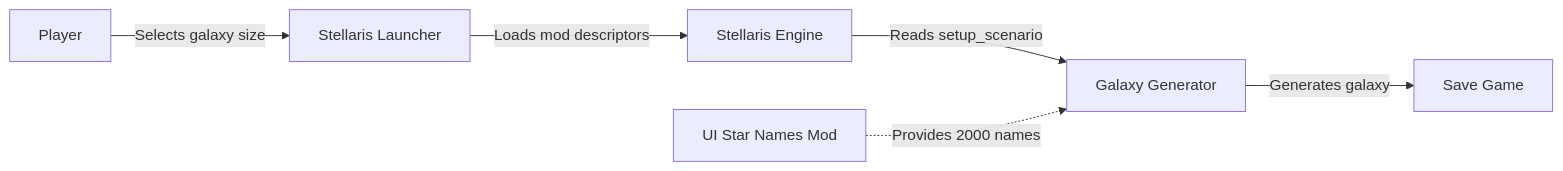
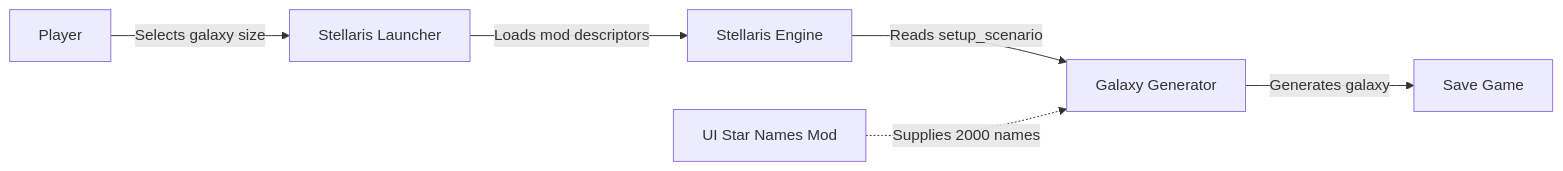
Before and after one commit to hmlendea/stellaris-ui-galaxy-sizes: the first of 3 diagrams in docs/architecture.md, drawn with Mermaid. The commit also changed other lines of this file and 41 other files, not shown here.

````diff
--- a/docs/architecture.md
+++ b/docs/architecture.md
@@ -11,8 +11,8 @@
 ```mermaid
 flowchart LR
     Player[Player] -->|Selects galaxy size| Launcher[Stellaris Launcher]
     Launcher -->|Loads mod descriptors| Engine[Stellaris Engine]
     Engine -->|Reads setup_scenario| GalaxyGen[Galaxy Generator]
     GalaxyGen -->|Generates galaxy| Save[Save Game]
-    StarNames[UI Star Names Mod] -.->|Provides 2000 names| GalaxyGen
+    StarNames[UI Star Names Mod] -.->|Supplies 2000 names| GalaxyGen
 ```
````
